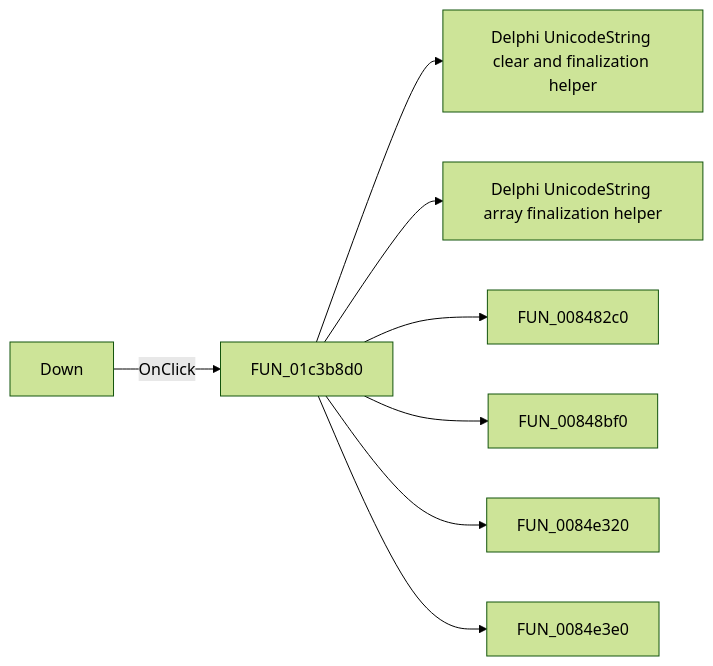
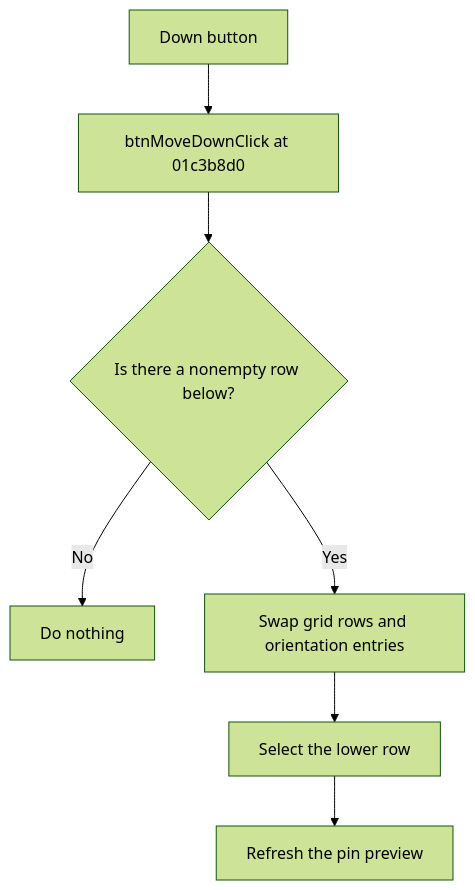
The diagram in docs/ui-controls/fmacrowiz/btnmovedown-ec98eb8b50.md (MovGP0/TIARA), drawn with Mermaid (forest theme) before and after one commit. The commit also changed other lines of this file and 387 other files, not shown here.

````diff
--- a/docs/ui-controls/fmacrowiz/btnmovedown-ec98eb8b50.md
+++ b/docs/ui-controls/fmacrowiz/btnmovedown-ec98eb8b50.md
@@ -27,10 +20,9 @@
 ```mermaid
-flowchart LR
-    control["Down"] -->|OnClick| handler["FUN_01c3b8d0"]
-    handler --> call1["Delphi UnicodeString clear and finalization helper"]
-    handler --> call2["Delphi UnicodeString array finalization helper"]
-    handler --> call3["FUN_008482c0"]
-    handler --> call4["FUN_00848bf0"]
-    handler --> call5["FUN_0084e320"]
-    handler --> call6["FUN_0084e3e0"]
+flowchart TD
+    control["Down button"] --> handler["btnMoveDownClick at 01c3b8d0"]
+    handler --> movable{"Is there a nonempty row below?"}
+    movable -->|No| noop["Do nothing"]
+    movable -->|Yes| swap["Swap grid rows and orientation entries"]
+    swap --> select["Select the lower row"]
+    select --> refresh["Refresh the pin preview"]
 ```
````
